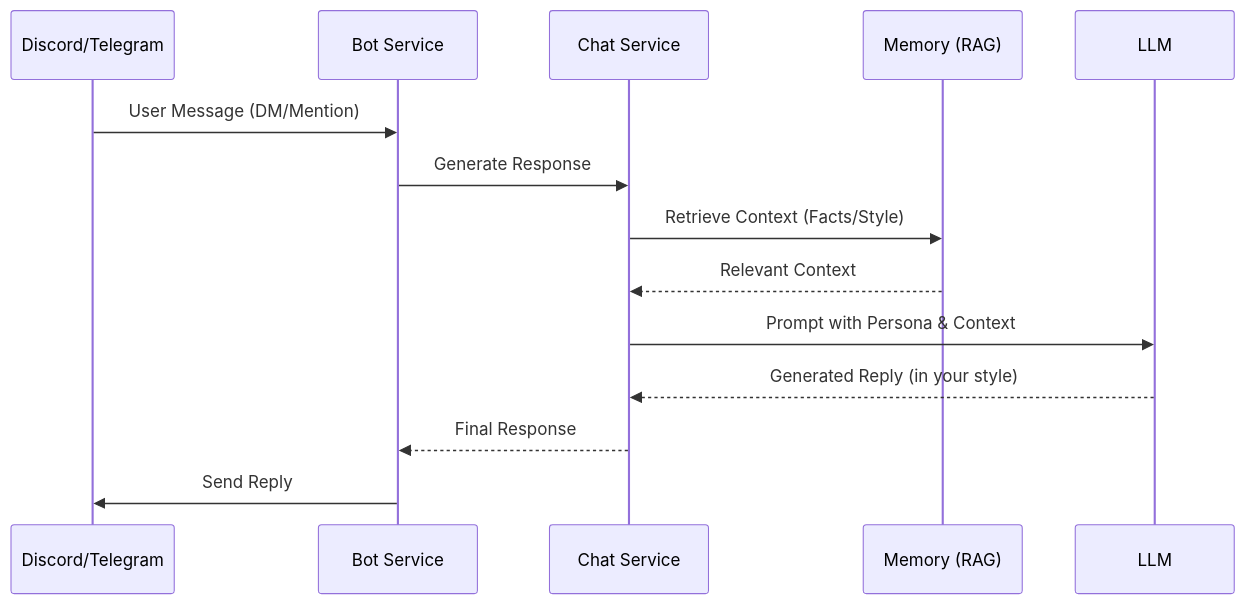
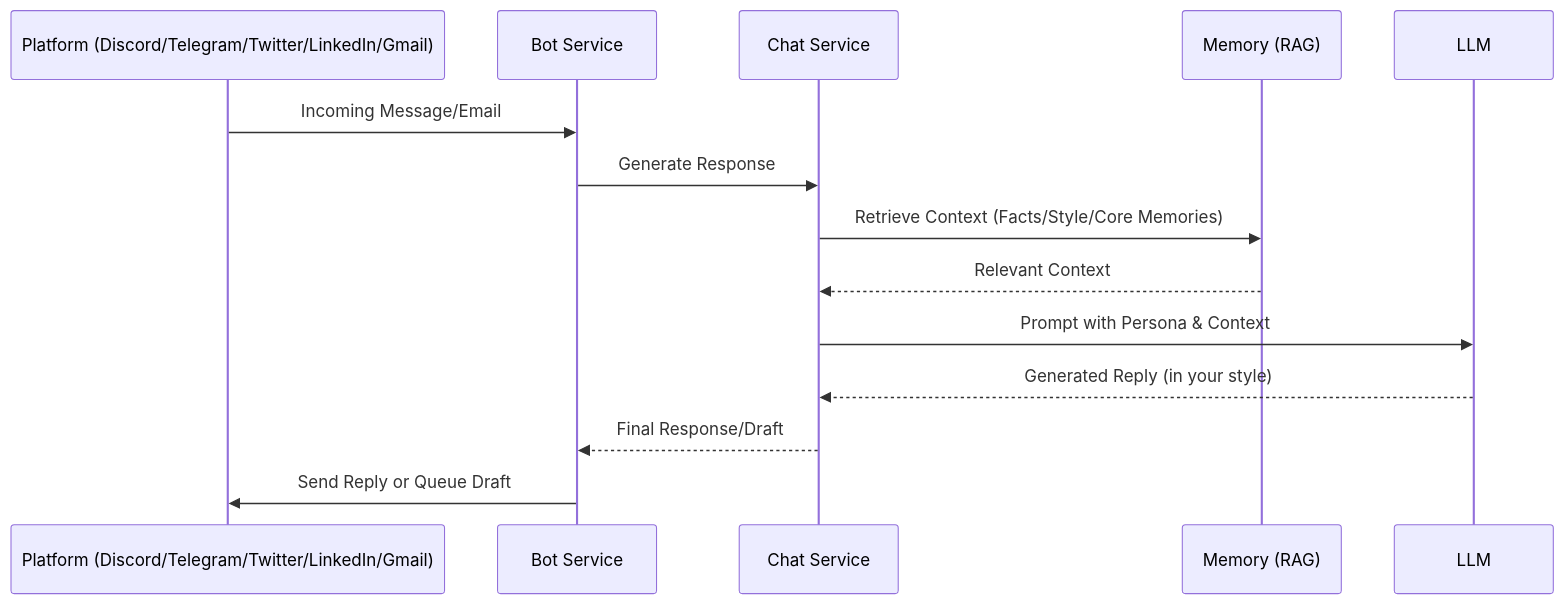
The third of 3 diagrams in README.md (ChiragNSundar/Chirag-clone), drawn with Mermaid before and after one commit. The commit also changed other lines of this file and 22 other files, not shown here.

````diff
--- a/README.md
+++ b/README.md
@@ -104,17 +163,17 @@
 ```mermaid
 sequenceDiagram
-    participant D as Discord/Telegram
+    participant P as Platform (Discord/Telegram/Twitter/LinkedIn/Gmail)
     participant B as Bot Service
     participant C as Chat Service
     participant M as Memory (RAG)
     participant L as LLM
     
-    D->>B: User Message (DM/Mention)
+    P->>B: Incoming Message/Email
     B->>C: Generate Response
-    C->>M: Retrieve Context (Facts/Style)
+    C->>M: Retrieve Context (Facts/Style/Core Memories)
     M-->>C: Relevant Context
     C->>L: Prompt with Persona & Context
     L-->>C: Generated Reply (in your style)
-    C-->>B: Final Response
-    B->>D: Send Reply
+    C-->>B: Final Response/Draft
+    B->>P: Send Reply or Queue Draft
 ```
````
